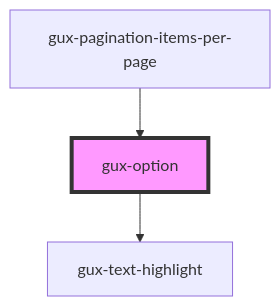
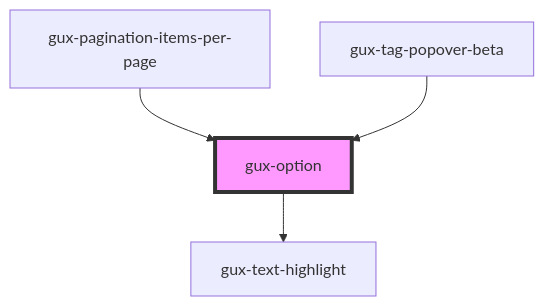
One commit to willcliff-genesys/genesys-webcomponents changed the diagram in src/components/stable/gux-dropdown/gux-option/readme.md. Above: the diagram before and after it, drawn with Mermaid. The commit also changed other lines of this file and 8 other files, not shown here.

First line of the commit message:
fix(tag popover component): implement gux-dropdown component

````diff
--- a/src/components/stable/gux-dropdown/gux-option/readme.md
+++ b/src/components/stable/gux-dropdown/gux-option/readme.md
@@ -41,6 +42,7 @@
 ```mermaid
 graph TD;
   gux-option --> gux-text-highlight
   gux-pagination-items-per-page --> gux-option
+  gux-tag-popover-beta --> gux-option
   style gux-option fill:#f9f,stroke:#333,stroke-width:4px
 ```
````
